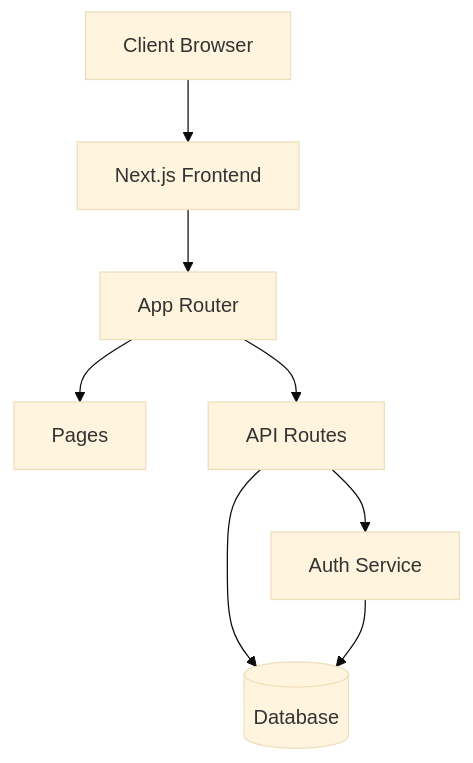
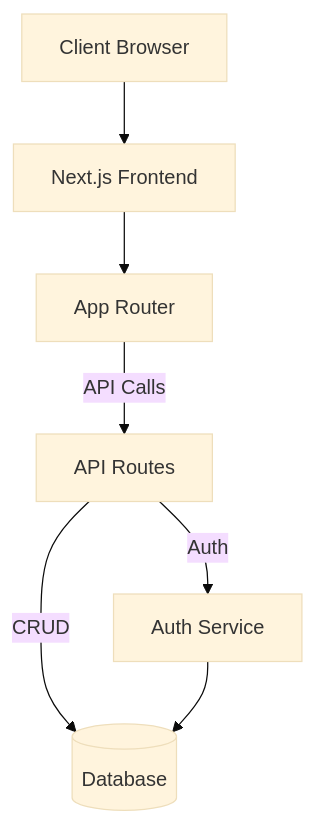
Before and after one commit to Maxxjx/ProjectPulse: the first of 3 diagrams in docs/project-report.md, drawn with Mermaid (base theme). The commit also changed other lines of this file and 1 other file, not shown here.

````diff
--- a/docs/project-report.md
+++ b/docs/project-report.md
@@ -26,10 +32,9 @@
 ```mermaid
 graph TD
-    Client[Client Browser] --> Next[Next.js Frontend]
-    Next --> AR[App Router]
-    AR --> Pages[Pages]
-    AR --> API[API Routes]
-    API --> Auth[Auth Service]
-    API --> DB[(Database)]
-    Auth --> DB
+    C[Client Browser] --> F[Next.js Frontend]
+    F --> A[App Router]
+    A -->|API Calls| B[API Routes]
+    B -->|CRUD| D[(Database)]
+    B -->|Auth| E[Auth Service]
+    E --> D
 ```
````
